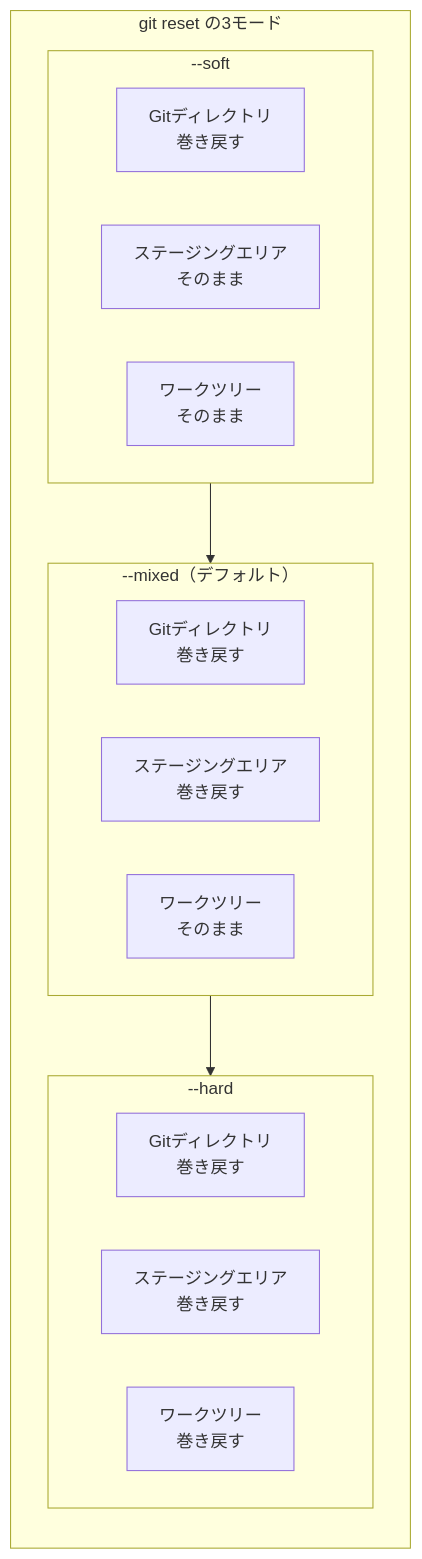
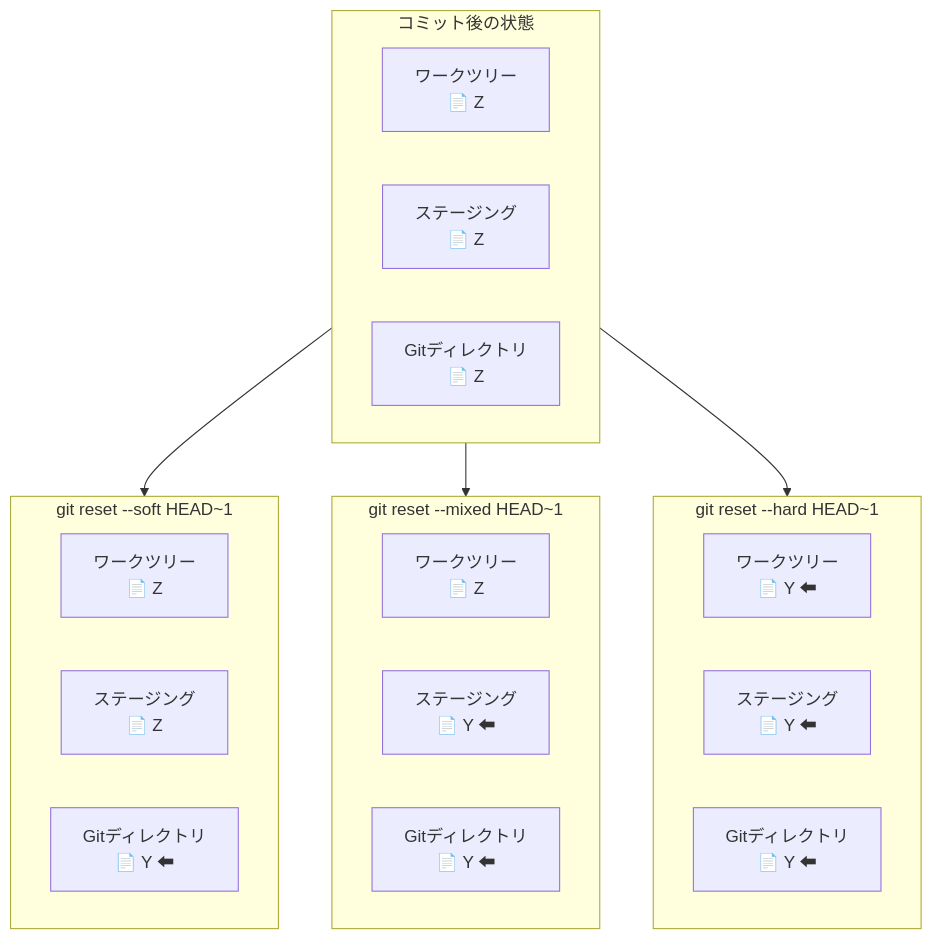
The diagram in diagrams/reset-modes.md (ekodasolo/git_workshop), drawn with Mermaid before and after one commit. The commit also changed other lines of this file and 5 other files, not shown here.

````diff
--- a/diagrams/reset-modes.md
+++ b/diagrams/reset-modes.md
@@ -9,29 +11,34 @@
 ```mermaid
-graph TD
-    subgraph "git reset の3モード"
-        direction TB
-
-        subgraph SOFT["--soft"]
-            direction LR
-            S_GD["Gitディレクトリ<br>巻き戻す"]
-            S_SA["ステージングエリア<br>そのまま"]
-            S_WT["ワークツリー<br>そのまま"]
-        end
-
-        subgraph MIXED["--mixed（デフォルト）"]
-            direction LR
-            M_GD["Gitディレクトリ<br>巻き戻す"]
-            M_SA["ステージングエリア<br>巻き戻す"]
-            M_WT["ワークツリー<br>そのまま"]
-        end
-
-        subgraph HARD["--hard"]
-            direction LR
-            H_GD["Gitディレクトリ<br>巻き戻す"]
-            H_SA["ステージングエリア<br>巻き戻す"]
-            H_WT["ワークツリー<br>巻き戻す"]
-        end
+graph TB
+    subgraph BEFORE["コミット後の状態"]
+        direction LR
+        B_WT["ワークツリー<br/>📄 Z"]
+        B_SA["ステージング<br/>📄 Z"]
+        B_GD["Gitディレクトリ<br/>📄 Z"]
     end
 
-    SOFT --> MIXED --> HARD
+    subgraph SOFT["git reset --soft HEAD~1"]
+        direction LR
+        S_WT["ワークツリー<br/>📄 Z"]
+        S_SA["ステージング<br/>📄 Z"]
+        S_GD["Gitディレクトリ<br/>📄 Y ⬅"]
+    end
+
+    subgraph MIXED["git reset --mixed HEAD~1"]
+        direction LR
+        M_WT["ワークツリー<br/>📄 Z"]
+        M_SA["ステージング<br/>📄 Y ⬅"]
+        M_GD["Gitディレクトリ<br/>📄 Y ⬅"]
+    end
+
+    subgraph HARD["git reset --hard HEAD~1"]
+        direction LR
+        H_WT["ワークツリー<br/>📄 Y ⬅"]
+        H_SA["ステージング<br/>📄 Y ⬅"]
+        H_GD["Gitディレクトリ<br/>📄 Y ⬅"]
+    end
+
+    BEFORE --> SOFT
+    BEFORE --> MIXED
+    BEFORE --> HARD
 ```
````
